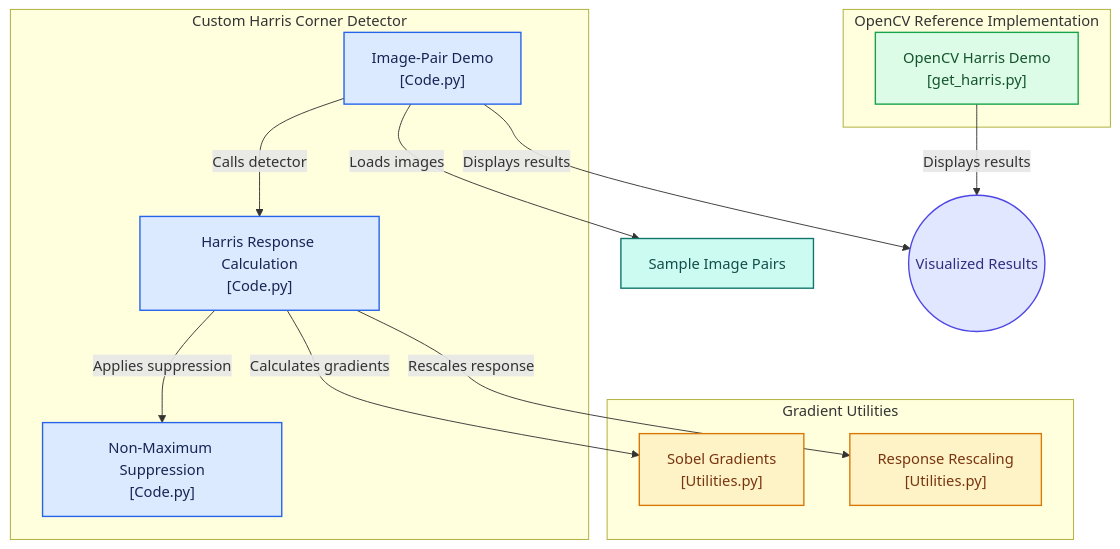
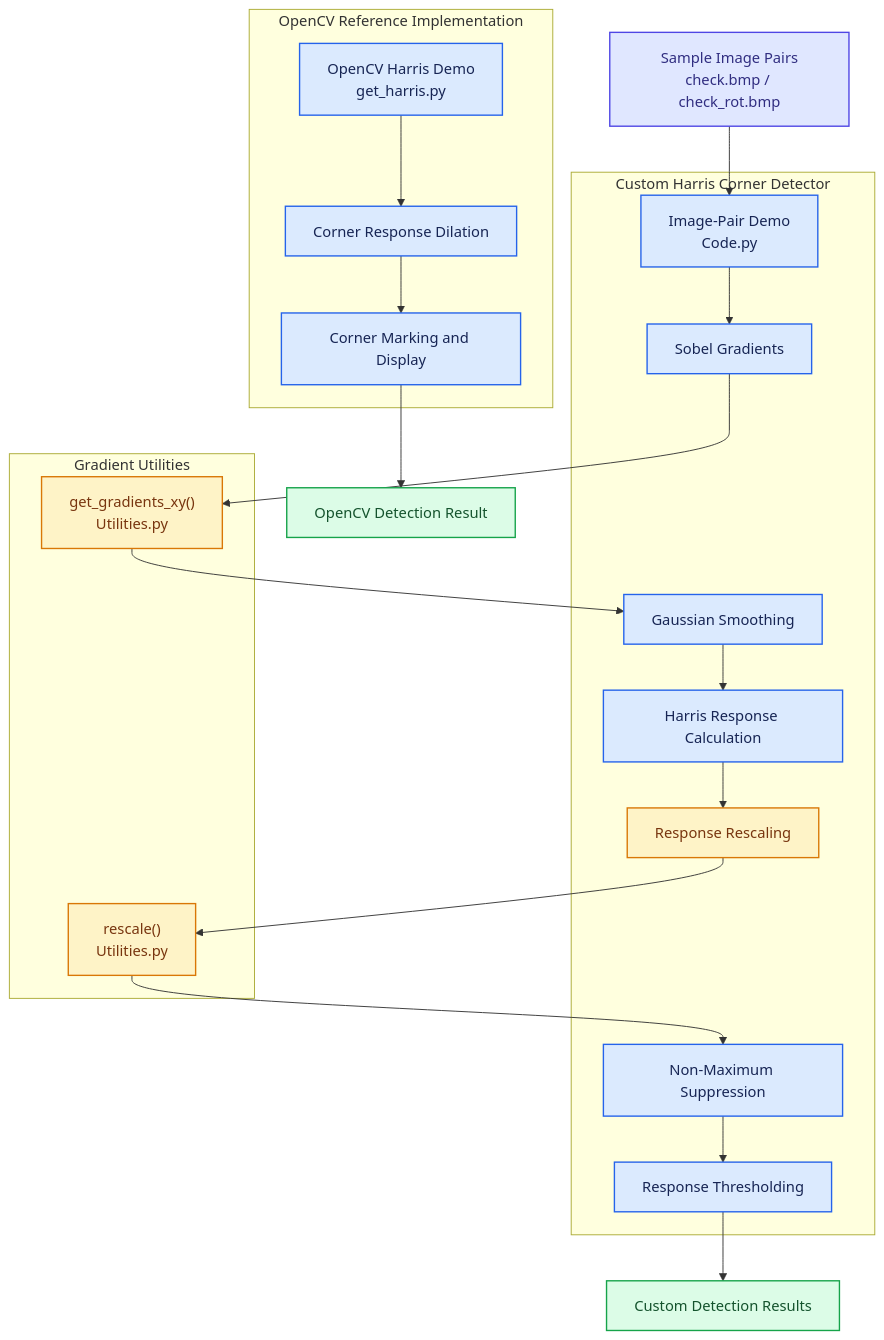
Before and after one commit to yassakamille/Computer_Vision-Edge_detection: the diagram in README.md, drawn with Mermaid. The commit also changed other lines of this file, not shown here.

````diff
--- a/README.md
+++ b/README.md
@@ -7,50 +8,58 @@
-```mermaid id="w4k9zt"
+```mermaid
 flowchart TD
-    subgraph group_custom["Custom Harris Corner Detector"]
-        node_runner["Image-Pair Demo<br/>[Code.py]"]
-        node_detector["Harris Response Calculation<br/>[Code.py]"]
-        node_suppression["Non-Maximum Suppression<br/>[Code.py]"]
+    subgraph custom["Custom Harris Corner Detector"]
+        runner["Image-Pair Demo<br/>Code.py"]
+        gradients["Sobel Gradients"]
+        smoothing["Gaussian Smoothing"]
+        response["Harris Response Calculation"]
+        scaling["Response Rescaling"]
+        suppression["Non-Maximum Suppression"]
+        threshold["Response Thresholding"]
     end
 
-    subgraph group_support["Gradient Utilities"]
-        node_gradient["Sobel Gradients<br/>[Utilities.py]"]
-        node_scaling["Response Rescaling<br/>[Utilities.py]"]
+    subgraph utilities["Gradient Utilities"]
+        sobel["get_gradients_xy()<br/>Utilities.py"]
+        rescale["rescale()<br/>Utilities.py"]
     end
 
-    subgraph group_reference["OpenCV Reference Implementation"]
-        node_opencv["OpenCV Harris Demo<br/>[get_harris.py]"]
+    subgraph opencv["OpenCV Reference Implementation"]
+        reference["OpenCV Harris Demo<br/>get_harris.py"]
+        dilation["Corner Response Dilation"]
+        marking["Corner Marking and Display"]
     end
 
-    node_sample["Sample Image Pairs"]
-    node_display(("Visualized Results"))
+    images["Sample Image Pairs<br/>check.bmp / check_rot.bmp"]
+    results["Custom Detection Results"]
+    reference_image["OpenCV Detection Result"]
 
-    node_runner -->|"Loads images"| node_sample
-    node_runner -->|"Calls detector"| node_detector
-    node_detector -->|"Calculates gradients"| node_gradient
-    node_detector -->|"Rescales response"| node_scaling
-    node_detector -->|"Applies suppression"| node_suppression
-    node_runner -->|"Displays results"| node_display
-    node_opencv -->|"Displays results"| node_display
+    images --> runner
+    runner --> gradients
+    gradients --> sobel
+    sobel --> smoothing
+    smoothing --> response
+    response --> scaling
+    scaling --> rescale
+    rescale --> suppression
+    suppression --> threshold
+    threshold --> results
 
-    click node_runner "https://github.com/yassakamille/computer_vision-edge_detection/blob/main/Harris/Code.py"
-    click node_detector "https://github.com/yassakamille/computer_vision-edge_detection/blob/main/Harris/Code.py"
-    click node_suppression "https://github.com/yassakamille/computer_vision-edge_detection/blob/main/Harris/Code.py"
-    click node_gradient "https://github.com/yassakamille/computer_vision-edge_detection/blob/main/Harris/Utilities.py"
-    click node_scaling "https://github.com/yassakamille/computer_vision-edge_detection/blob/main/Harris/Utilities.py"
-    click node_sample "https://github.com/yassakamille/computer_vision-edge_detection/tree/main/Harris/input"
-    click node_opencv "https://github.com/yassakamille/computer_vision-edge_detection/blob/main/Harris/get_harris.py"
+    reference --> dilation
+    dilation --> marking
+    marking --> reference_image
 
-    classDef toneNeutral fill:#f8fafc,stroke:#334155,stroke-width:1.5px,color:#0f172a
-    classDef toneBlue fill:#dbeafe,stroke:#2563eb,stroke-width:1.5px,color:#172554
-    classDef toneAmber fill:#fef3c7,stroke:#d97706,stroke-width:1.5px,color:#78350f
-    classDef toneMint fill:#dcfce7,stroke:#16a34a,stroke-width:1.5px,color:#14532d
-    classDef toneRose fill:#ffe4e6,stroke:#e11d48,stroke-width:1.5px,color:#881337
-    classDef toneIndigo fill:#e0e7ff,stroke:#4f46e5,stroke-width:1.5px,color:#312e81
-    classDef toneTeal fill:#ccfbf1,stroke:#0f766e,stroke-width:1.5px,color:#134e4a
+    click runner "https://github.com/yassakamille/computer_vision-edge_detection/blob/main/Harris/Code.py"
+    click sobel "https://github.com/yassakamille/computer_vision-edge_detection/blob/main/Harris/Utilities.py"
+    click rescale "https://github.com/yassakamille/computer_vision-edge_detection/blob/main/Harris/Utilities.py"
+    click reference "https://github.com/yassakamille/computer_vision-edge_detection/blob/main/Harris/get_harris.py"
+    click images "https://github.com/yassakamille/computer_vision-edge_detection/tree/main/Harris/input"
 
-    class node_runner,node_detector,node_suppression toneBlue
-    class node_gradient,node_scaling toneAmber
-    class node_opencv toneMint
-    class node_sample toneTeal
-    class node_display toneIndigo
+    classDef process fill:#dbeafe,stroke:#2563eb,stroke-width:1.5px,color:#172554
+    classDef utility fill:#fef3c7,stroke:#d97706,stroke-width:1.5px,color:#78350f
+    classDef result fill:#dcfce7,stroke:#16a34a,stroke-width:1.5px,color:#14532d
+    classDef inputStyle fill:#e0e7ff,stroke:#4f46e5,stroke-width:1.5px,color:#312e81
+
+    class runner,gradients,smoothing,response,suppression,threshold,reference,dilation,marking process
+    class sobel,rescale,scaling utility
+    class results,reference_image result
+    class images inputStyle
 ```
````
